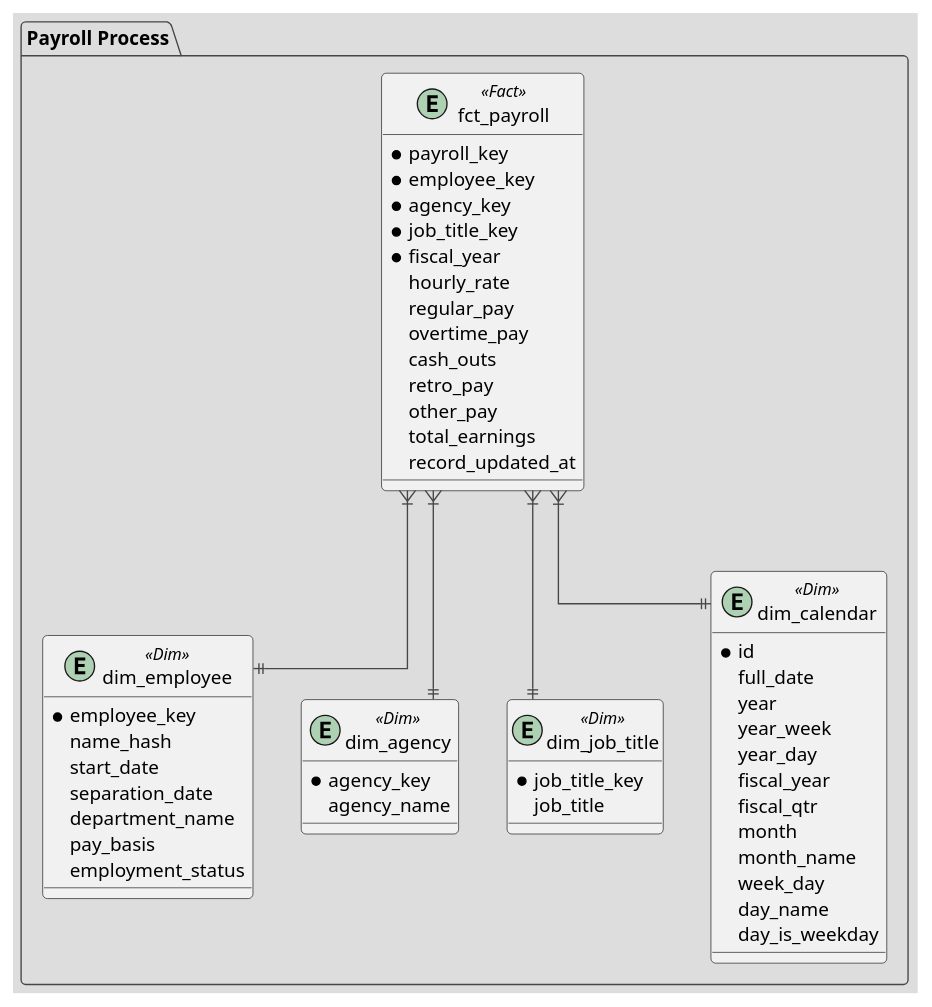
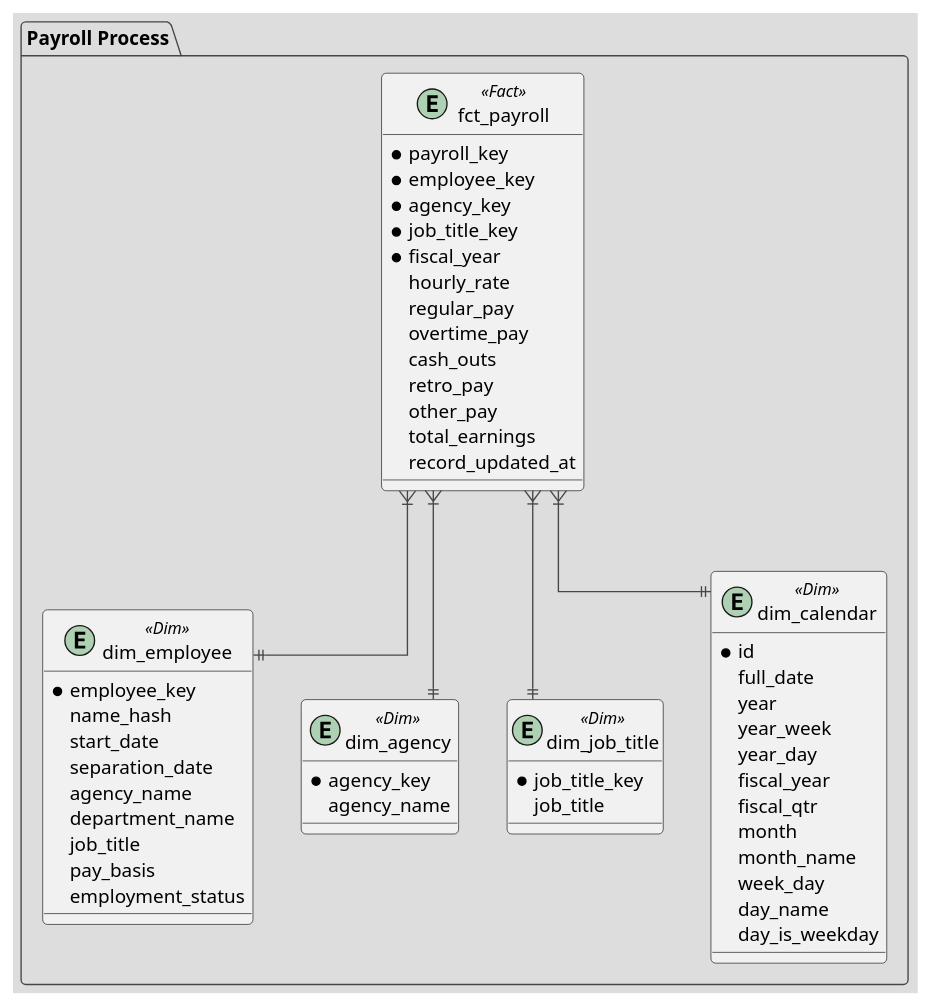
One commit to Kadiax/mta-payroll-nyc changed the diagram in documentation/diagrams/source_code/erd_mta_logical_model.puml. Above: the diagram before and after it, drawn with PlantUML. The commit also changed 10 other files, not shown here.

```diff
--- a/documentation/diagrams/source_code/erd_mta_logical_model.puml
+++ b/documentation/diagrams/source_code/erd_mta_logical_model.puml
@@ -1,60 +1,62 @@
 @startuml
 !theme toy
 skinparam linetype ortho
 
 ' --- STAR 1 : PAYROLL ---
 package "Payroll Process" {
     entity "fct_payroll" as FP <<Fact>> {
         * payroll_key 
         * employee_key 
         * agency_key 
         * job_title_key 
         * fiscal_year 
          hourly_rate 
          regular_pay 
          overtime_pay 
          cash_outs 
          retro_pay 
          other_pay 
          total_earnings 
          record_updated_at 
     }
     entity "dim_employee" as DE1 <<Dim>> {
         * employee_key 
          name_hash 
          start_date 
          separation_date 
+         agency_name
          department_name 
+         job_title
          pay_basis
          employment_status
     }
     entity "dim_agency" as DA1 <<Dim>> {
         * agency_key 
          agency_name 
     }
     entity "dim_job_title" as DJT1 <<Dim>> {
         * job_title_key 
          job_title 
     }
     entity "dim_calendar" as DC1 <<Dim>> {
          * id  
          full_date 
          year 
          year_week 
          year_day 
          fiscal_year 
          fiscal_qtr 
          month 
          month_name 
          week_day 
          day_name 
          day_is_weekday
     }
     
     FP }|--|| DE1
     FP }|--|| DA1
     FP }|--|| DJT1
     FP }|--|| DC1
 }
 
 @enduml
```
